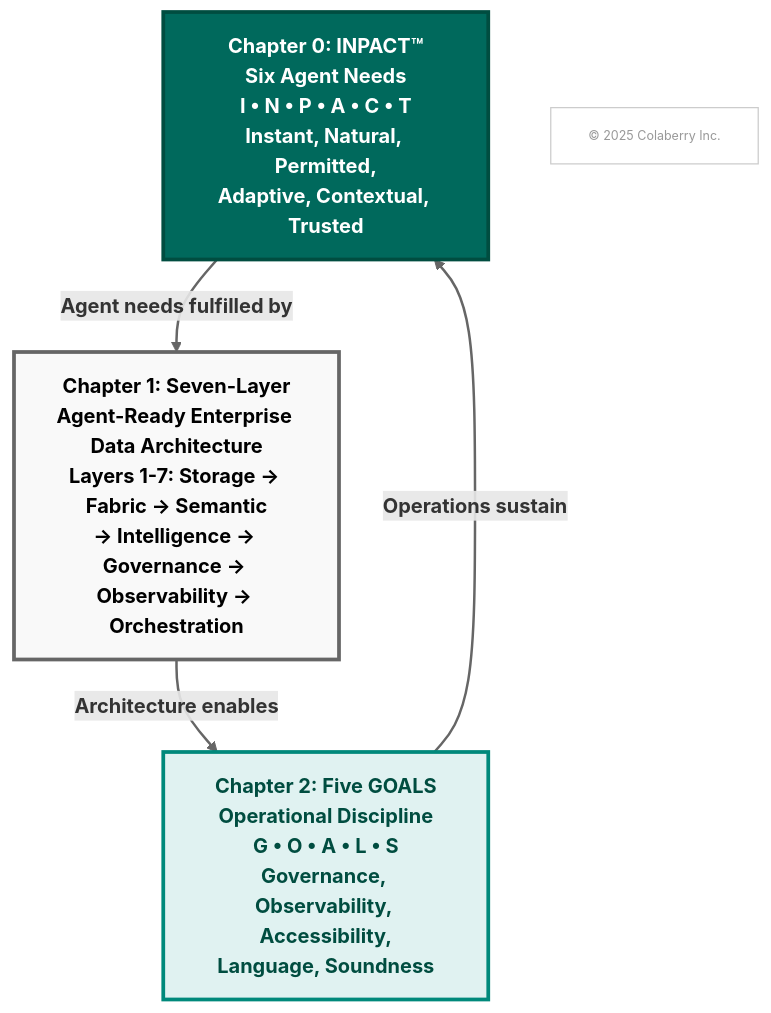
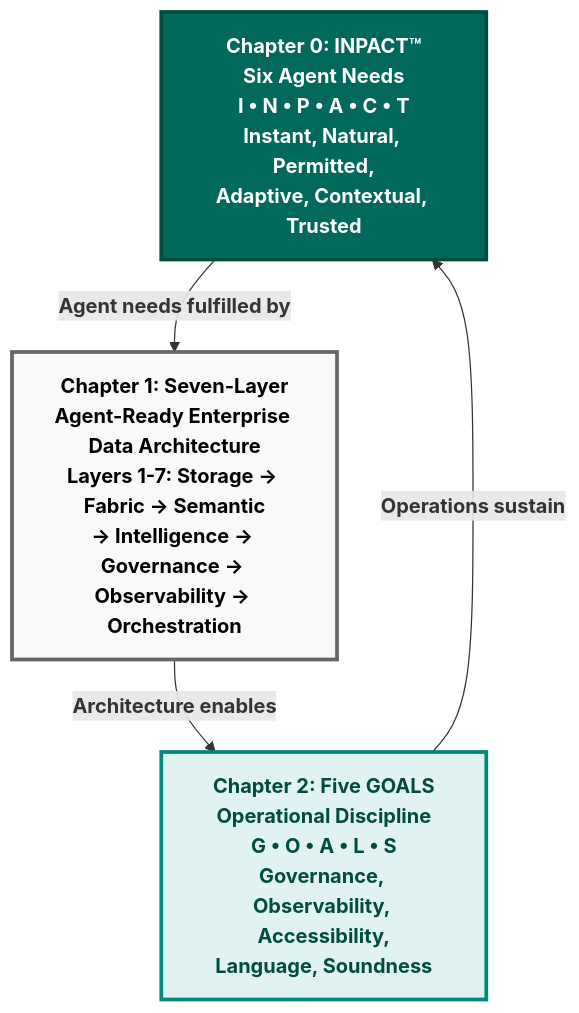
Before and after one commit to colaberry/enterprise-data-readiness-ai-agents: the first of 11 diagrams in chapter-02/chapter_2_complete.md, drawn with Mermaid. The commit also changed other lines of this file, not shown here.

First line of the commit message:
link styles removed

````diff
--- a/chapter-02/chapter_2_complete.md
+++ b/chapter-02/chapter_2_complete.md
@@ -140,23 +140,16 @@
 ```mermaid
 graph TB
     INPACT["<b>Chapter 0: INPACT™</b><br/><b>Six Agent Needs</b><br/><b>I • N • P • A • C • T</b><br/><b>Instant, Natural, Permitted,</b><br/><b>Adaptive, Contextual, Trusted</b>"]
     
     ARCH["<b>Chapter 1: Seven-Layer</b><br/><b>Agent-Ready Enterprise Data Architecture</b><br/><b>Layers 1-7: Storage → Fabric → Semantic</b><br/><b>→ Intelligence → Governance → Observability → Orchestration</b>"]
     
     GOALS["<b>Chapter 2: Five GOALS</b><br/><b>Operational Discipline</b><br/><b>G • O • A • L • S</b><br/><b>Governance, Observability, Accessibility,</b><br/><b>Language, Soundness</b>"]
     
     INPACT -->|<b>Agent needs fulfilled by</b>| ARCH
     ARCH -->|<b>Architecture enables</b>| GOALS
     GOALS -->|<b>Operations sustain</b>| INPACT
     
     style INPACT fill:#00695c,color:#ffffff,stroke:#004d40,stroke-width:3px
     style ARCH fill:#f9f9f9,stroke:#666666,stroke-width:3px,color:#000000
     style GOALS fill:#e0f2f1,stroke:#00897b,stroke-width:3px,color:#004d40
-    
-    COPYRIGHT["© 2025 Colaberry Inc."]
-    style COPYRIGHT fill:#ffffff,stroke:#cccccc,stroke-width:1px,color:#999999,font-size:10px
-
-    linkStyle 0 stroke:#666666,stroke-width:2px
-    linkStyle 1 stroke:#666666,stroke-width:2px
-    linkStyle 2 stroke:#666666,stroke-width:2px
 ```
````
